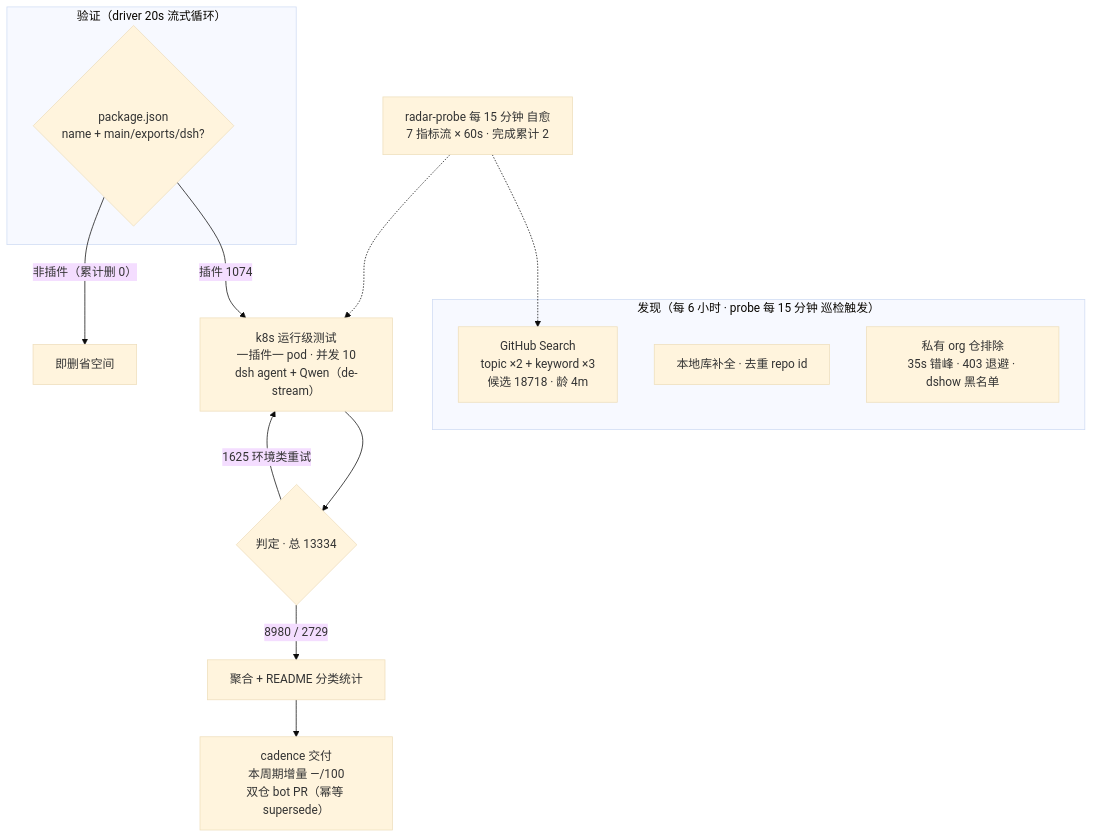
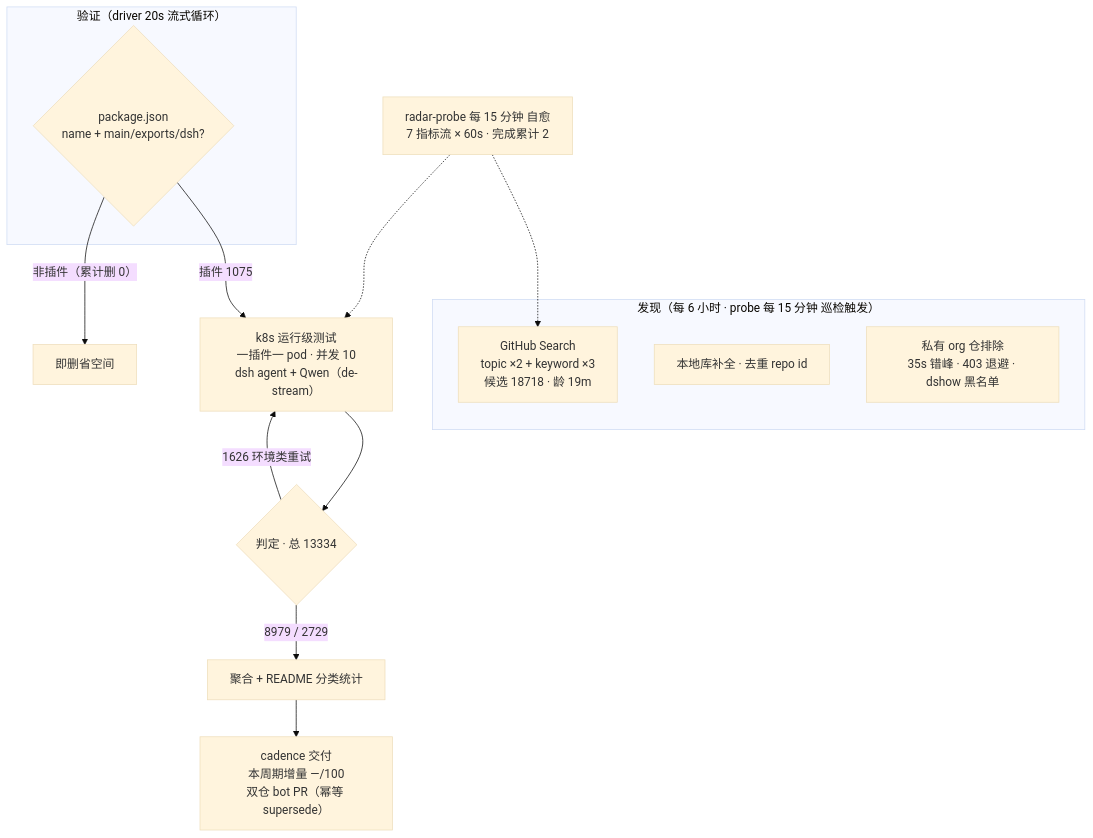
The diagram in README.md (AdamPlatin123/dsh-plugin-radar), drawn with Mermaid (base theme) before and after one commit. The commit also changed other lines of this file and 6 other files, not shown here.

````diff
--- a/README.md
+++ b/README.md
@@ -52,20 +52,20 @@
 ```mermaid
 flowchart TB
     subgraph Discovery["发现（每 6 小时 · probe 每 15 分钟 巡检触发）"]
-        A1["GitHub Search<br/>topic ×2 + keyword ×3<br/>候选 18718 · 龄 4m"]
+        A1["GitHub Search<br/>topic ×2 + keyword ×3<br/>候选 18718 · 龄 19m"]
         A2["本地库补全 · 去重 repo id"]
         A3["私有 org 仓排除<br/>35s 错峰 · 403 退避 · dshow 黑名单"]
     end
     subgraph Validation["验证（driver 20s 流式循环）"]
         B1{"package.json<br/>name + main/exports/dsh?"}
     end
-    B1 -->|"插件 1074"| C1["k8s 运行级测试<br/>一插件一 pod · 并发 10<br/>dsh agent + Qwen（de-stream）"]
+    B1 -->|"插件 1075"| C1["k8s 运行级测试<br/>一插件一 pod · 并发 10<br/>dsh agent + Qwen（de-stream）"]
     B1 -->|"非插件（累计删 0）"| B3["即删省空间"]
     C1 --> D1{"判定 · 总 13334"}
-    D1 -->|"8980 / 2729"| E1["聚合 + README 分类统计"]
-    D1 -->|"1625 环境类重试"| C1
+    D1 -->|"8979 / 2729"| E1["聚合 + README 分类统计"]
+    D1 -->|"1626 环境类重试"| C1
     E1 --> E2["cadence 交付<br/>本周期增量 —/100<br/>双仓 bot PR（幂等 supersede）"]
     M["radar-probe 每 15 分钟 自愈<br/>7 指标流 × 60s · 完成累计 2"]
     M -.-> A1
     M -.-> C1
 ```
````
